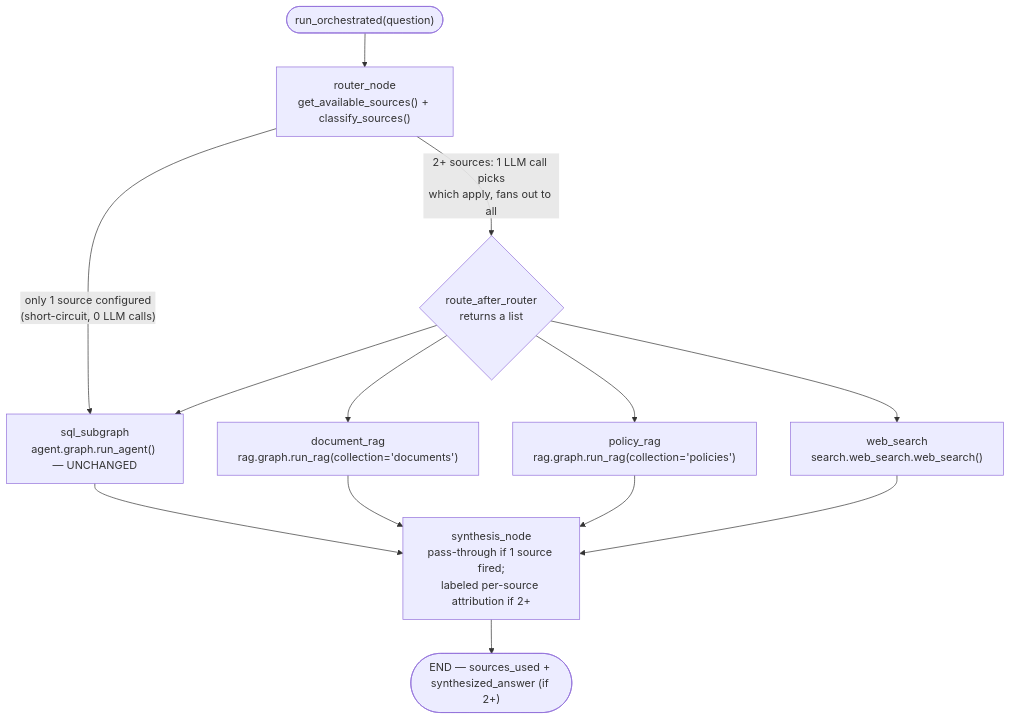
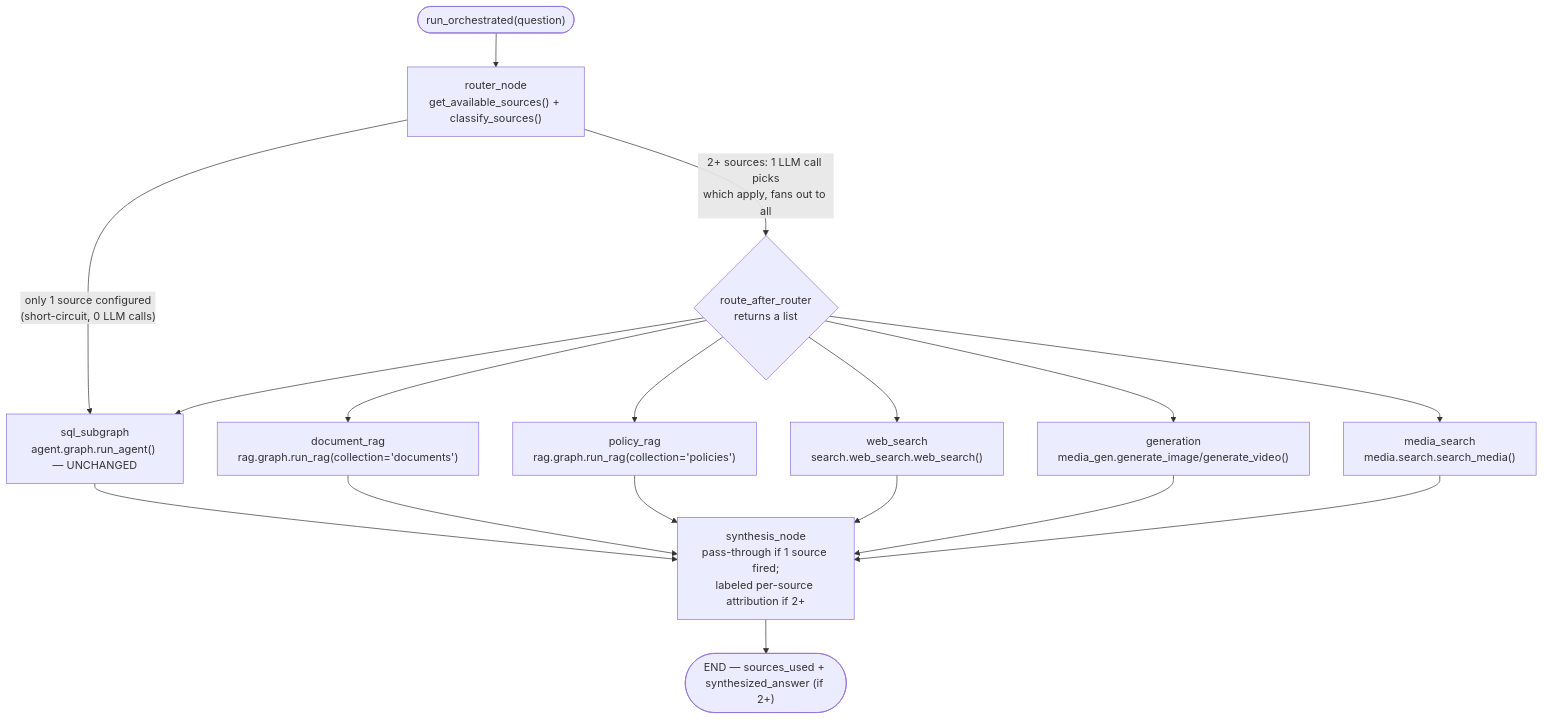
One commit to surajkumarnavodya/text-to-sql-agent-langgraph changed the second of 3 diagrams in docs/ARCHITECTURE.md. Above: the diagram before and after it, drawn with Mermaid. The commit also changed other lines of this file and 69 other files, not shown here.

````diff
--- a/docs/ARCHITECTURE.md
+++ b/docs/ARCHITECTURE.md
@@ -510,16 +510,20 @@
 ```mermaid
 flowchart TD
     START(["run_orchestrated(question)"]) --> ROUTER["router_node<br/>get_available_sources() + classify_sources()"]
     ROUTER -->|"only 1 source configured<br/>(short-circuit, 0 LLM calls)"| SQLSUB
     ROUTER -->|"2+ sources: 1 LLM call picks<br/>which apply, fans out to all"| FANOUT{route_after_router<br/>returns a list}
     FANOUT --> SQLSUB["sql_subgraph<br/>agent.graph.run_agent() — UNCHANGED"]
     FANOUT --> DOCSUB["document_rag<br/>rag.graph.run_rag(collection='documents')"]
     FANOUT --> POLSUB["policy_rag<br/>rag.graph.run_rag(collection='policies')"]
     FANOUT --> WEBSUB["web_search<br/>search.web_search.web_search()"]
+    FANOUT --> GENSUB["generation<br/>media_gen.generate_image/generate_video()"]
+    FANOUT --> MEDSUB["media_search<br/>media.search.search_media()"]
     SQLSUB --> SYN
     DOCSUB --> SYN
     POLSUB --> SYN
     WEBSUB --> SYN
+    GENSUB --> SYN
+    MEDSUB --> SYN
     SYN["synthesis_node<br/>pass-through if 1 source fired;<br/>labeled per-source attribution if 2+"]
     SYN --> ENDOK(["END — sources_used + synthesized_answer (if 2+)"])
 ```
````
